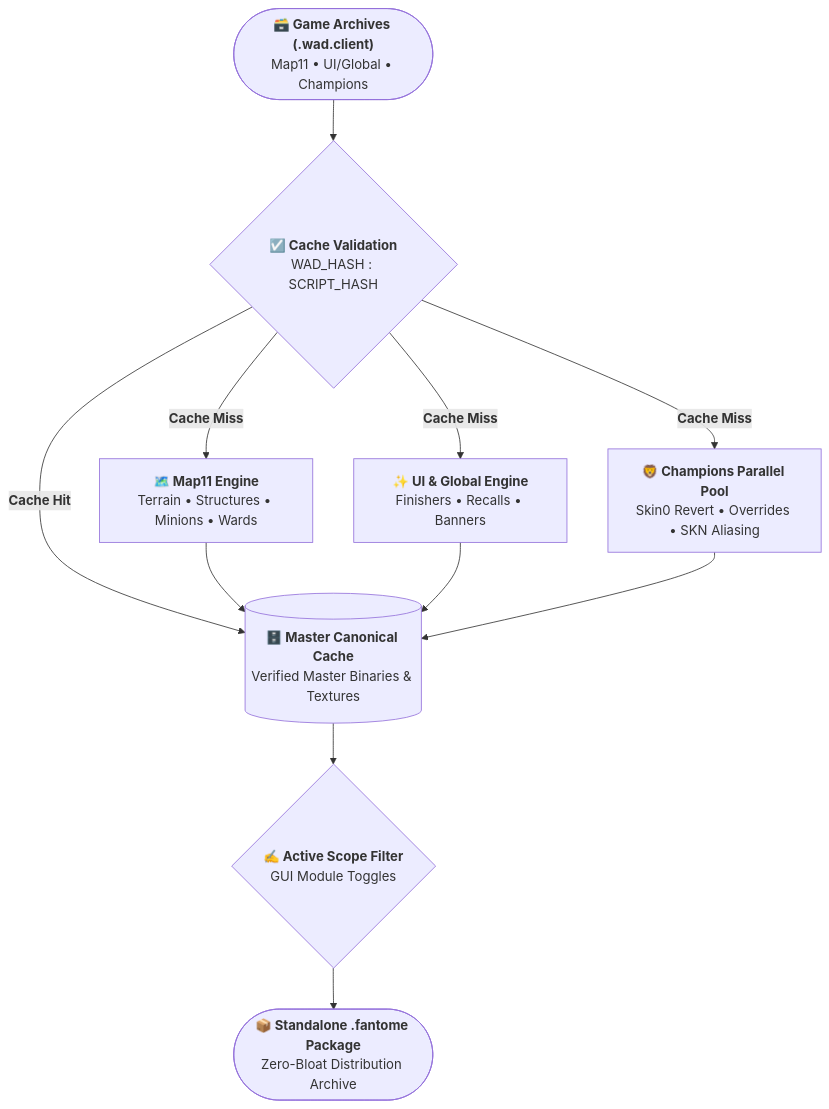
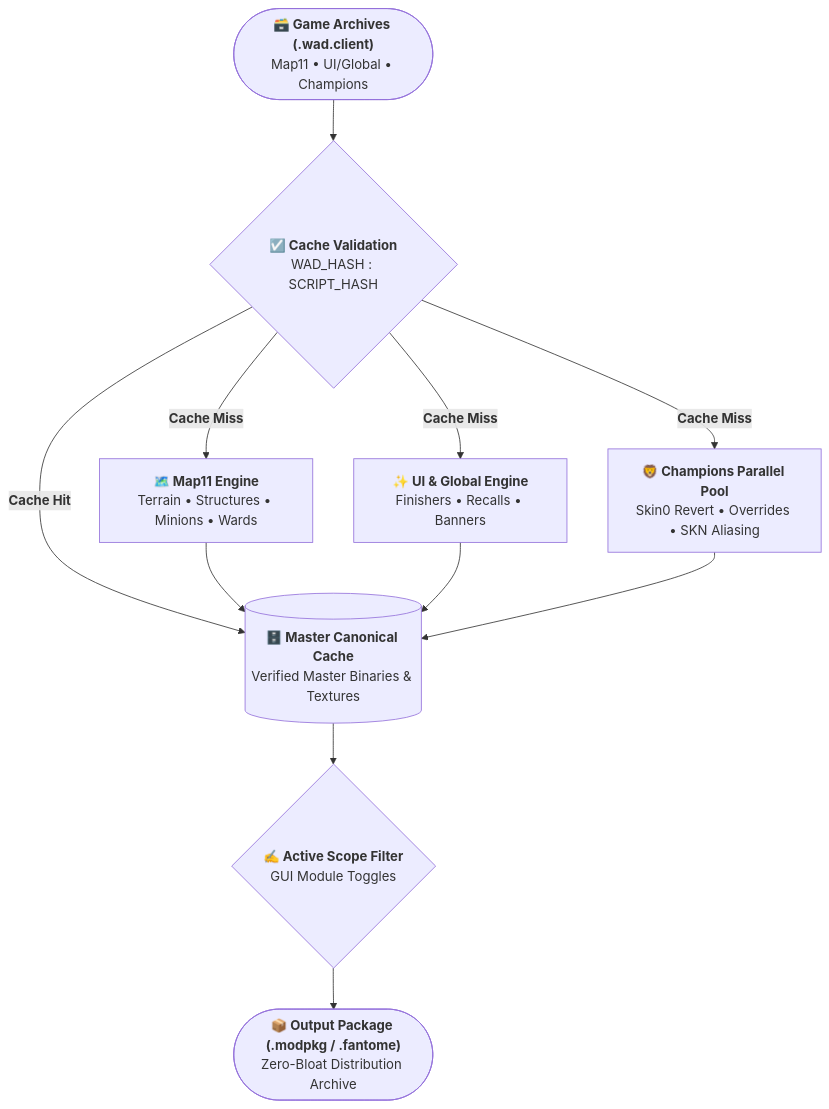
Before and after one commit to gsmeven/vanilla-true-builder: the diagram in README.md, drawn with Mermaid. The commit also changed other lines of this file and 2 other files, not shown here.

````diff
--- a/README.md
+++ b/README.md
@@ -244,16 +245,16 @@
 ```mermaid
 flowchart TD
     A(["<b>🗃️ Game Archives (.wad.client)</b><br/>Map11 • UI/Global • Champions"]) --> B{"<b>☑️ Cache Validation</b><br/>WAD_HASH : SCRIPT_HASH"}
 
     B -- "<b>Cache Hit</b>" --> E[("<b>🗄️ Master Canonical Cache</b><br/>Verified Master Binaries & Textures")]
     B -- "<b>Cache Miss</b>" --> C1["<b>🗺️ Map11 Engine</b><br/>Terrain • Structures • Minions • Wards"]
     B -- "<b>Cache Miss</b>" --> C2["<b>✨ UI & Global Engine</b><br/>Finishers • Recalls • Banners"]
     B -- "<b>Cache Miss</b>" --> C3["<b>🦁 Champions Parallel Pool</b><br/>Skin0 Revert • Overrides • SKN Aliasing"]
 
     C1 --> E
     C2 --> E
     C3 --> E
 
     E --> F{"<b>✍️ Active Scope Filter</b><br/>GUI Module Toggles"}
-    F --> G(["<b>📦️ Standalone .fantome Package</b><br/>Zero-Bloat Distribution Archive"])
+    F --> G(["<b>📦️ Output Package (.modpkg / .fantome)</b><br/>Zero-Bloat Distribution Archive"])
 ```
````
